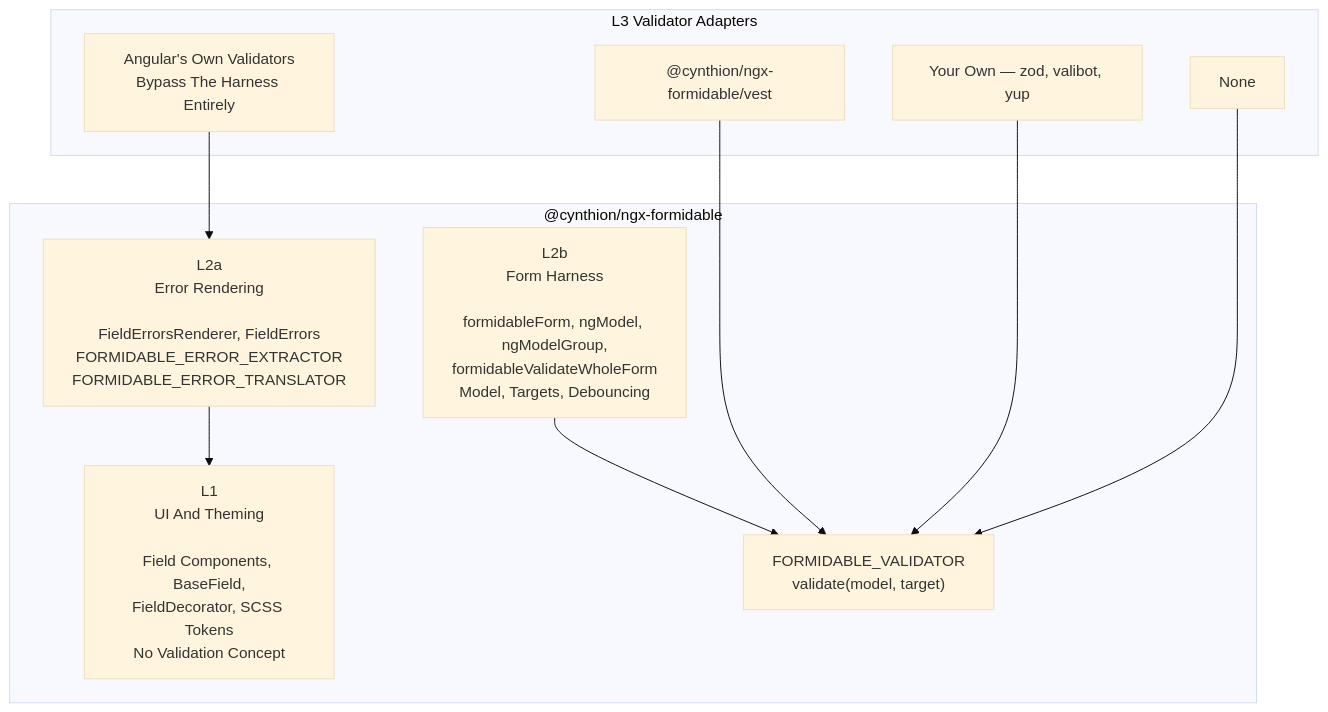
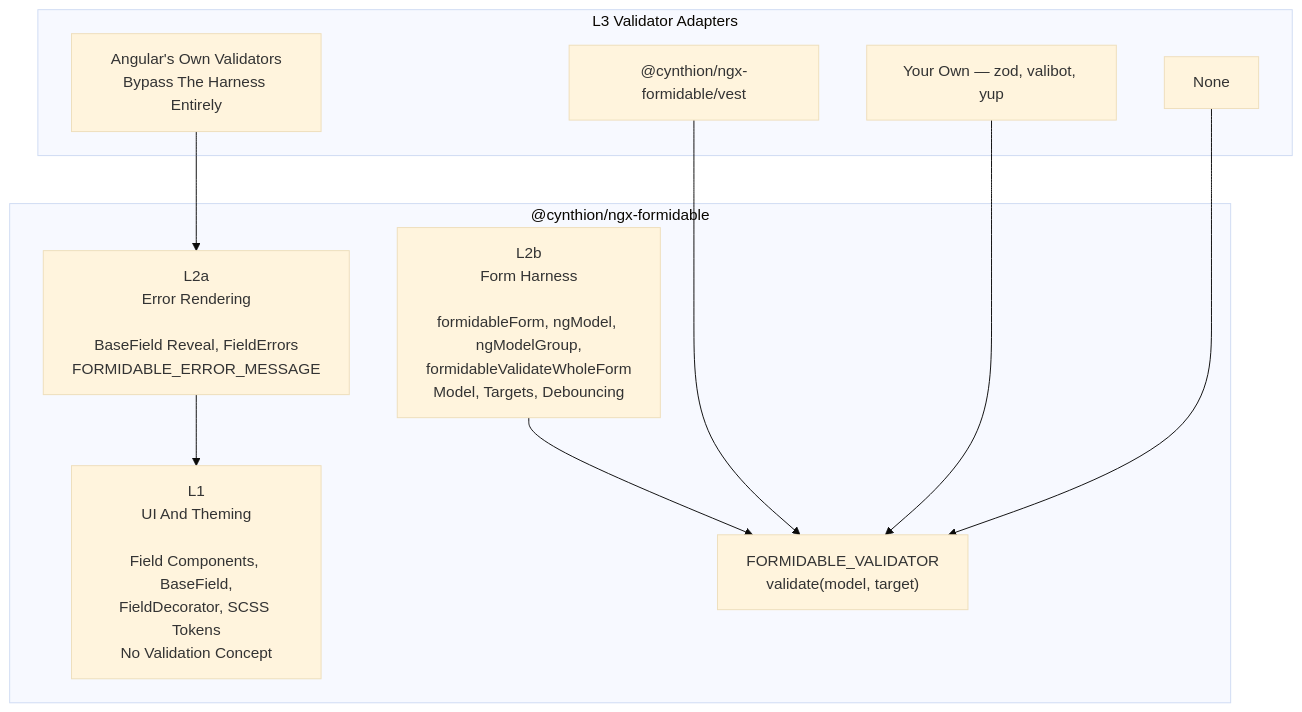
One commit to Cynthion/ngx-formidable changed the diagram in .documentation/tech/validation.md. Above: the diagram before and after it, drawn with Mermaid (base theme). The commit also changed other lines of this file and 56 other files, not shown here.

````diff
--- a/.documentation/tech/validation.md
+++ b/.documentation/tech/validation.md
@@ -7,22 +7,22 @@
 ```mermaid
 flowchart TB
   subgraph Core["@cynthion/ngx-formidable"]
     L1["L1<br/>UI And Theming<br/><br/>Field Components, BaseField,<br/>FieldDecorator, SCSS Tokens<br/>No Validation Concept"]
-    L2a["L2a<br/>Error Rendering<br/><br/>FieldErrorsRenderer, FieldErrors<br/>FORMIDABLE_ERROR_EXTRACTOR<br/>FORMIDABLE_ERROR_TRANSLATOR"]
+    L2a["L2a<br/>Error Rendering<br/><br/>BaseField Reveal, FieldErrors<br/>FORMIDABLE_ERROR_MESSAGE"]
     L2b["L2b<br/>Form Harness<br/><br/>formidableForm, ngModel, ngModelGroup,<br/>formidableValidateWholeForm<br/>Model, Targets, Debouncing"]
     Seam["FORMIDABLE_VALIDATOR<br/>validate(model, target)"]
   end
   subgraph Adapters["L3 Validator Adapters"]
     Vest["@cynthion/ngx-formidable/vest"]
     Own["Your Own — zod, valibot, yup"]
     Angular["Angular's Own Validators<br/>Bypass The Harness Entirely"]
     None["None"]
   end
 
   L2b --> Seam
   Vest --> Seam
   Own --> Seam
   Angular --> L2a
   None --> Seam
   L2a --> L1
 ```
````
